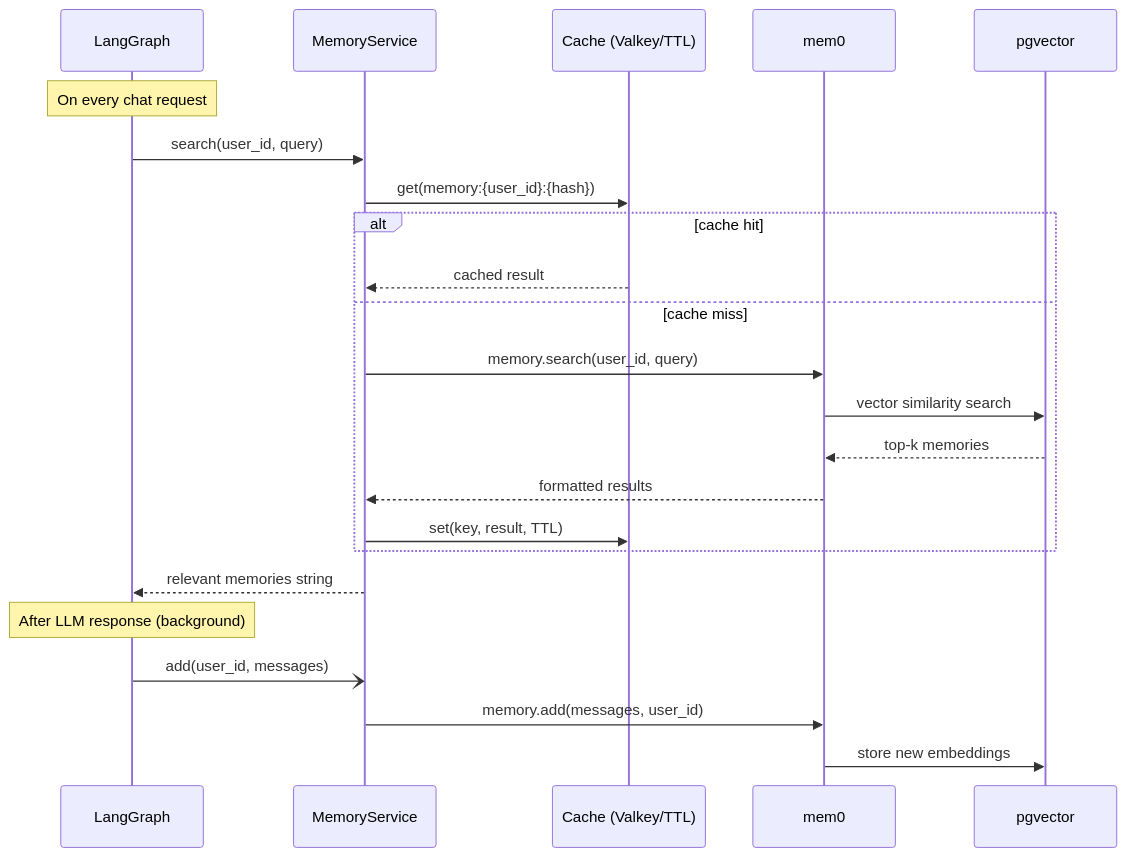
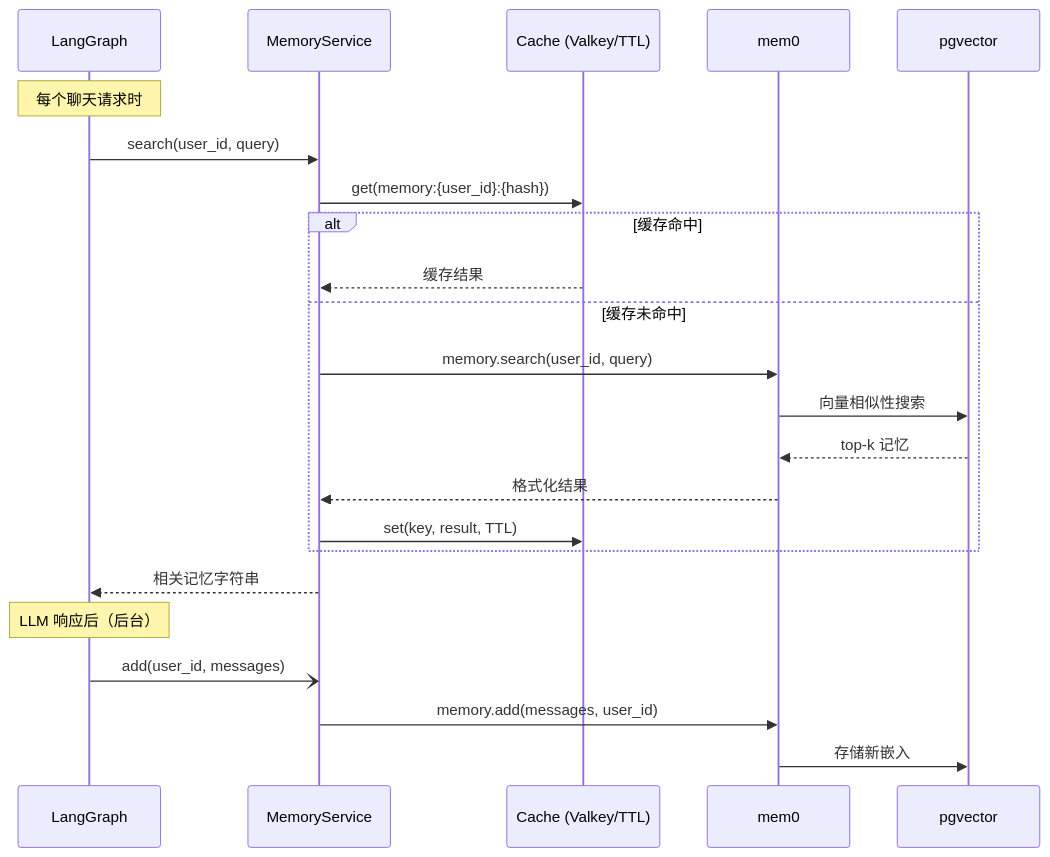
Before and after one commit to C-jcbest/landslide-monitoring-agent: the diagram in docs/memory.md, drawn with Mermaid. The commit also changed other lines of this file and 25 other files, not shown here.

````diff
--- a/docs/memory.md
+++ b/docs/memory.md
@@ -9,27 +11,27 @@
 ```mermaid
 sequenceDiagram
     participant G as LangGraph
     participant MS as MemoryService
     participant Cache as Cache (Valkey/TTL)
     participant M as mem0
     participant PG as pgvector
 
-    Note over G: On every chat request
+    Note over G: 每个聊天请求时
     G->>MS: search(user_id, query)
     MS->>Cache: get(memory:{user_id}:{hash})
-    alt cache hit
-        Cache-->>MS: cached result
-    else cache miss
+    alt 缓存命中
+        Cache-->>MS: 缓存结果
+    else 缓存未命中
         MS->>M: memory.search(user_id, query)
-        M->>PG: vector similarity search
-        PG-->>M: top-k memories
-        M-->>MS: formatted results
+        M->>PG: 向量相似性搜索
+        PG-->>M: top-k 记忆
+        M-->>MS: 格式化结果
         MS->>Cache: set(key, result, TTL)
     end
-    MS-->>G: relevant memories string
+    MS-->>G: 相关记忆字符串
 
-    Note over G: After LLM response (background)
+    Note over G: LLM 响应后（后台）
     G-)MS: add(user_id, messages)
     MS->>M: memory.add(messages, user_id)
-    M->>PG: store new embeddings
+    M->>PG: 存储新嵌入
 ```
````
